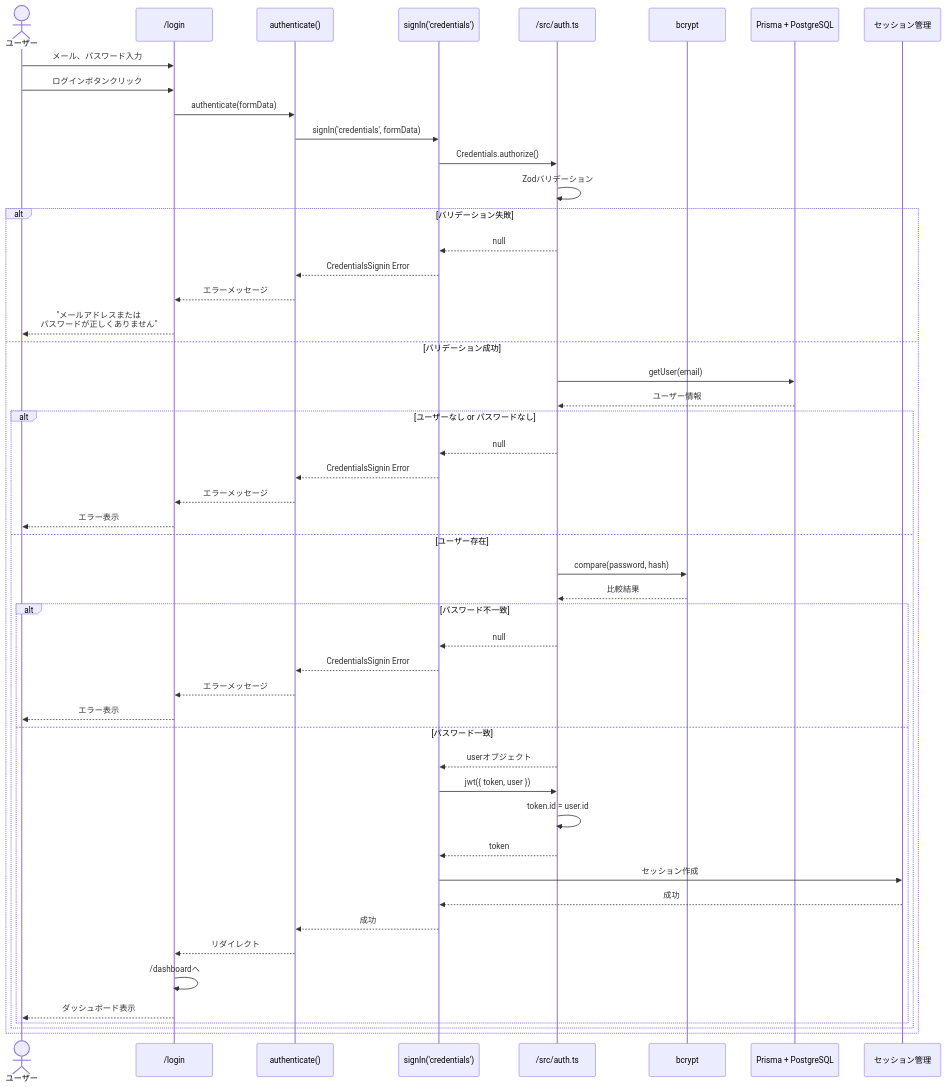
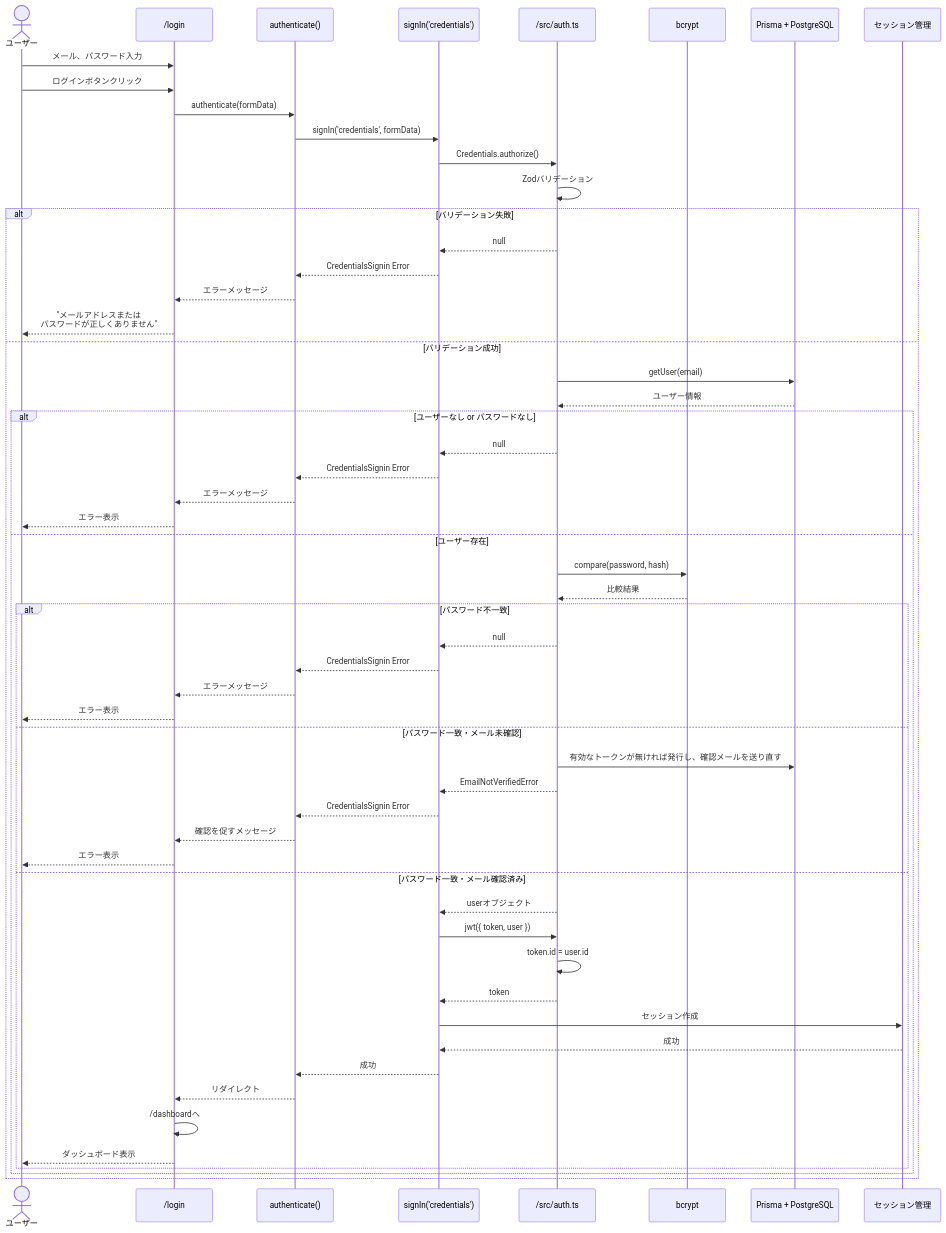
The third of 11 diagrams in docs/reference/authentication-diagrams.md (kazumadev619-dev/FishingConditionsApp), drawn with Mermaid before and after one commit. The commit also changed other lines of this file and 8 other files, not shown here.

````diff
--- a/docs/reference/authentication-diagrams.md
+++ b/docs/reference/authentication-diagrams.md
@@ -126,59 +125,65 @@
 ```mermaid
 sequenceDiagram
     actor User as ユーザー
     participant UI as /login
     participant Action as authenticate()
     participant NextAuth as signIn('credentials')
     participant AuthTS as /src/auth.ts
     participant Bcrypt as bcrypt
     participant DB as Prisma + PostgreSQL
     participant Session as セッション管理
 
     User->>UI: メール、パスワード入力
     User->>UI: ログインボタンクリック
     UI->>Action: authenticate(formData)
     Action->>NextAuth: signIn('credentials', formData)
 
     NextAuth->>AuthTS: Credentials.authorize()
     AuthTS->>AuthTS: Zodバリデーション
 
     alt バリデーション失敗
         AuthTS-->>NextAuth: null
         NextAuth-->>Action: CredentialsSignin Error
         Action-->>UI: エラーメッセージ
         UI-->>User: "メールアドレスまたは<br/>パスワードが正しくありません"
     else バリデーション成功
         AuthTS->>DB: getUser(email)
         DB-->>AuthTS: ユーザー情報
 
         alt ユーザーなし or パスワードなし
             AuthTS-->>NextAuth: null
             NextAuth-->>Action: CredentialsSignin Error
             Action-->>UI: エラーメッセージ
             UI-->>User: エラー表示
         else ユーザー存在
             AuthTS->>Bcrypt: compare(password, hash)
             Bcrypt-->>AuthTS: 比較結果
 
             alt パスワード不一致
                 AuthTS-->>NextAuth: null
                 NextAuth-->>Action: CredentialsSignin Error
                 Action-->>UI: エラーメッセージ
                 UI-->>User: エラー表示
-            else パスワード一致
+            else パスワード一致・メール未確認
+                AuthTS->>DB: 有効なトークンが無ければ発行し、確認メールを送り直す
+                AuthTS-->>NextAuth: EmailNotVerifiedError
+                NextAuth-->>Action: CredentialsSignin Error
+                Action-->>UI: 確認を促すメッセージ
+                UI-->>User: エラー表示
+            else パスワード一致・メール確認済み
                 AuthTS-->>NextAuth: userオブジェクト
                 NextAuth->>AuthTS: jwt({ token, user })
                 AuthTS->>AuthTS: token.id = user.id
                 AuthTS-->>NextAuth: token
 
                 NextAuth->>Session: セッション作成
                 Session-->>NextAuth: 成功
 
                 NextAuth-->>Action: 成功
                 Action-->>UI: リダイレクト
                 UI->>UI: /dashboardへ
                 UI-->>User: ダッシュボード表示
             end
         end
     end
 ```
````
